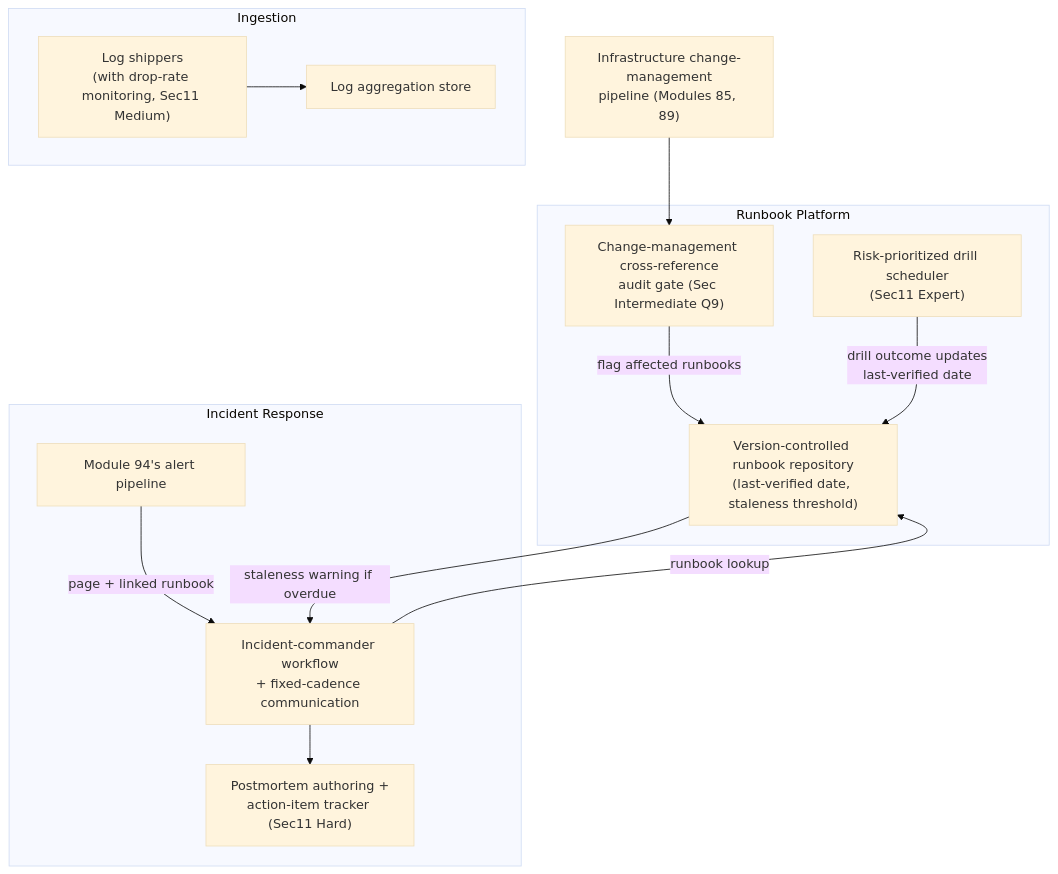
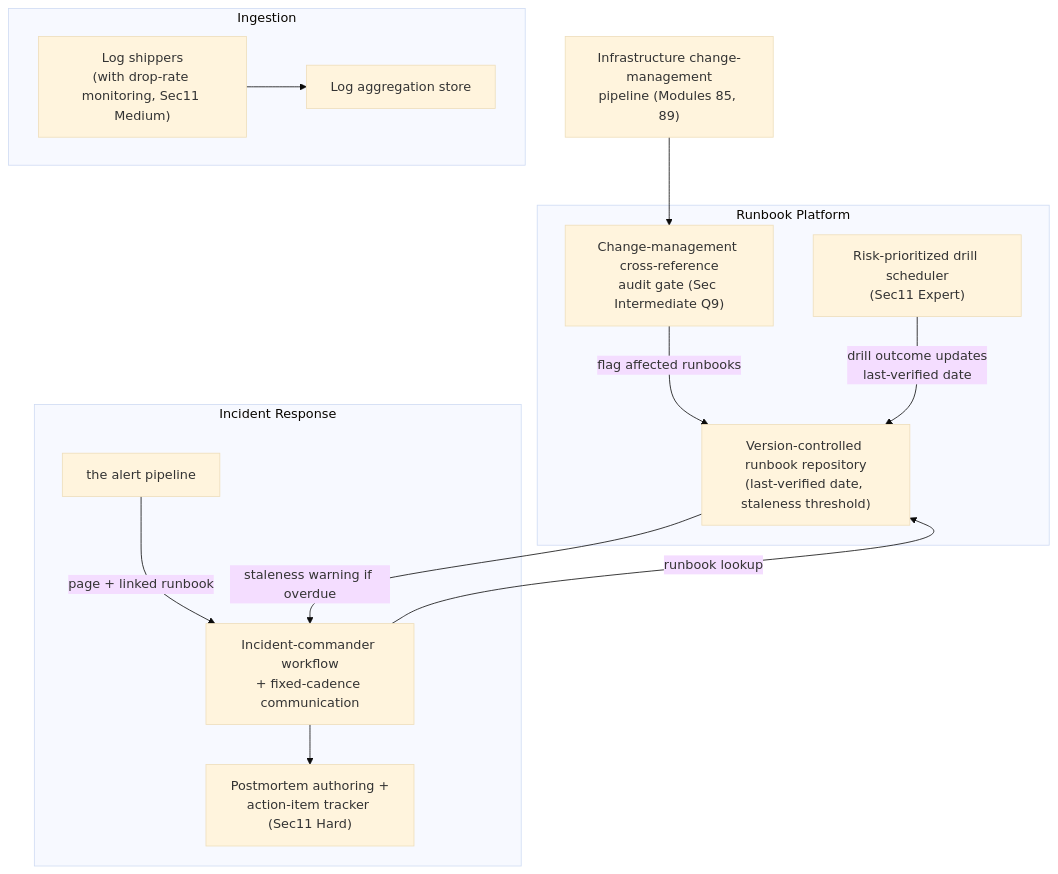
One commit to umashankarp/InterviewQuestions changed the second of 2 diagrams in 27-Observability/03-LogAggregation-IncidentResponse-Runbooks-Postmortems.md. Above: the diagram before and after it, drawn with Mermaid (base theme). The commit also changed other lines of this file and 173 other files, not shown here.

````diff
--- a/27-Observability/03-LogAggregation-IncidentResponse-Runbooks-Postmortems.md
+++ b/27-Observability/03-LogAggregation-IncidentResponse-Runbooks-Postmortems.md
@@ -461,26 +461,26 @@
 ```mermaid
 graph TB
-    subgraph "Ingestion"
-        Shippers["Log shippers<br/>(with drop-rate monitoring, Sec11 Medium)"]
-        LogStore["Log aggregation store"]
-    end
-    subgraph "Runbook Platform"
-        RunbookRepo["Version-controlled runbook repository<br/>(last-verified date, staleness threshold)"]
-        ChangeAudit["Change-management cross-reference<br/>audit gate (Sec Intermediate Q9)"]
-        DrillScheduler["Risk-prioritized drill scheduler<br/>(Sec11 Expert)"]
-    end
-    subgraph "Incident Response"
-        AlertIntegration["Module 94's alert pipeline"]
-        ICWorkflow["Incident-commander workflow<br/>+ fixed-cadence communication"]
-        PostmortemSystem["Postmortem authoring +<br/>action-item tracker (Sec11 Hard)"]
-    end
+ subgraph "Ingestion"
+ Shippers["Log shippers<br/>(with drop-rate monitoring, Sec11 Medium)"]
+ LogStore["Log aggregation store"]
+ end
+ subgraph "Runbook Platform"
+ RunbookRepo["Version-controlled runbook repository<br/>(last-verified date, staleness threshold)"]
+ ChangeAudit["Change-management cross-reference<br/>audit gate (Sec Intermediate Q9)"]
+ DrillScheduler["Risk-prioritized drill scheduler<br/>(Sec11 Expert)"]
+ end
+ subgraph "Incident Response"
+ AlertIntegration["the alert pipeline"]
+ ICWorkflow["Incident-commander workflow<br/>+ fixed-cadence communication"]
+ PostmortemSystem["Postmortem authoring +<br/>action-item tracker (Sec11 Hard)"]
+ end
 
-    Shippers --> LogStore
-    AlertIntegration -->|"page + linked runbook"| ICWorkflow
-    ICWorkflow -->|"runbook lookup"| RunbookRepo
-    RunbookRepo -->|"staleness warning if overdue"| ICWorkflow
-    InfraChanges["Infrastructure change-management<br/>pipeline (Modules 85, 89)"] --> ChangeAudit
-    ChangeAudit -->|"flag affected runbooks"| RunbookRepo
-    DrillScheduler -->|"drill outcome updates<br/>last-verified date"| RunbookRepo
-    ICWorkflow --> PostmortemSystem
+ Shippers --> LogStore
+ AlertIntegration -->|"page + linked runbook"| ICWorkflow
+ ICWorkflow -->|"runbook lookup"| RunbookRepo
+ RunbookRepo -->|"staleness warning if overdue"| ICWorkflow
+ InfraChanges["Infrastructure change-management<br/>pipeline (Modules 85, 89)"] --> ChangeAudit
+ ChangeAudit -->|"flag affected runbooks"| RunbookRepo
+ DrillScheduler -->|"drill outcome updates<br/>last-verified date"| RunbookRepo
+ ICWorkflow --> PostmortemSystem
 ```
````
